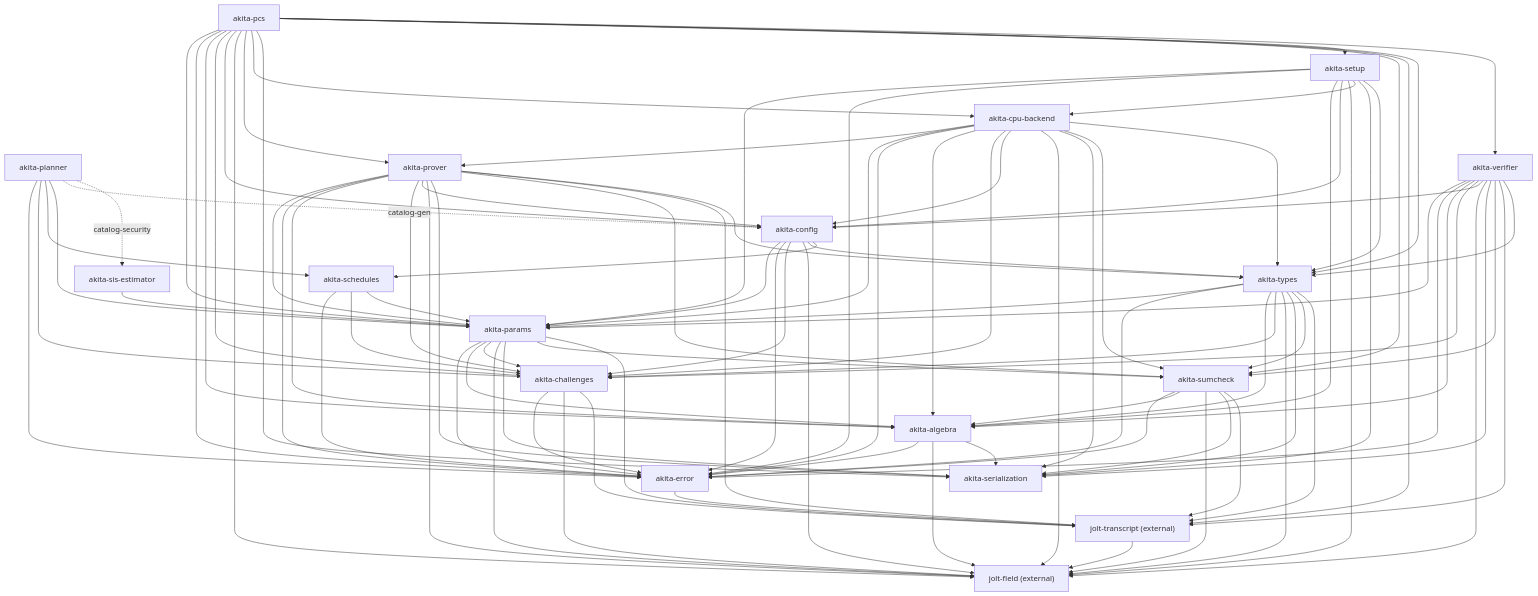
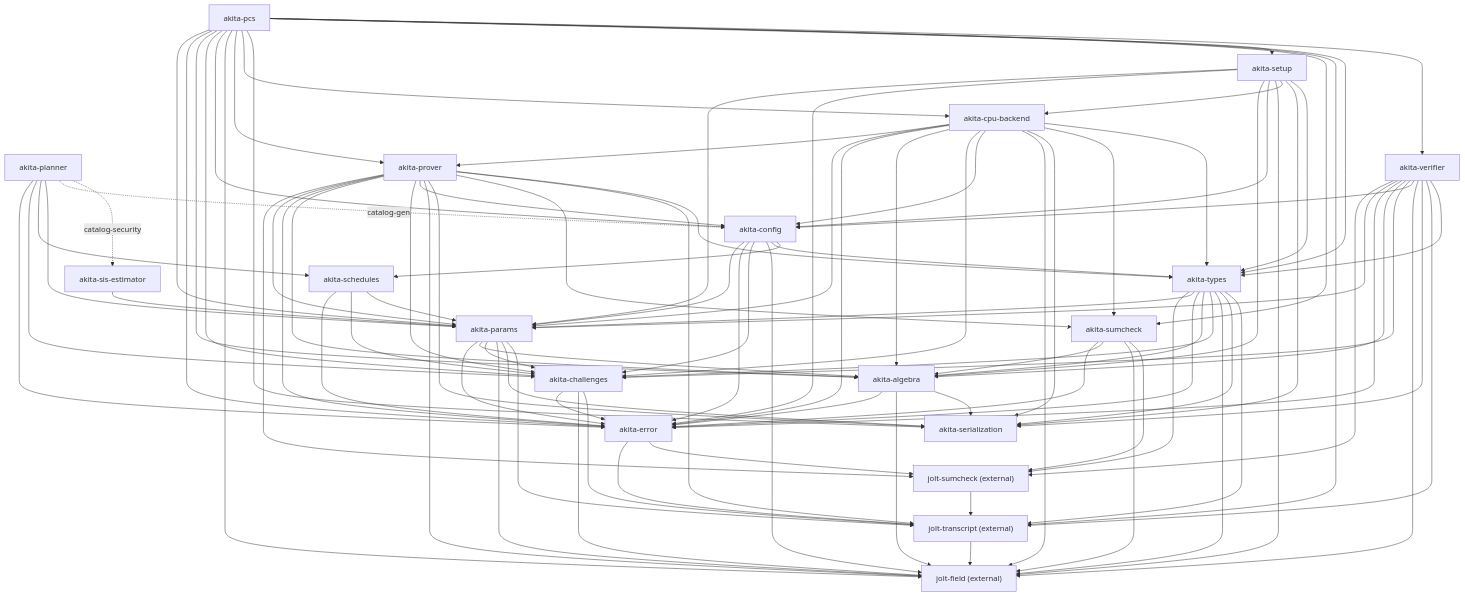
The diagram in docs/crate-graph.md (Acentelles/akita-lz), drawn with Mermaid before and after one commit. The commit also changed other lines of this file and 8 other files, not shown here.

First line of the commit message:
fixup! [M2b] Port Akita's sumcheck onto jolt-sumcheck's single-instance driver

```diff
--- a/docs/crate-graph.md
+++ b/docs/crate-graph.md
@@ -42,6 +42,7 @@
   Algebra["akita-algebra"]
   Transcript["jolt-transcript (external)"]
   Challenges["akita-challenges"]
+  JoltSumcheck["jolt-sumcheck (external)"]
   Sumcheck["akita-sumcheck"]
   Params["akita-params"]
   Types["akita-types"]
@@ -66,14 +67,17 @@
   Sumcheck --> Error
   Sumcheck --> Algebra
   Sumcheck --> Field
-  Sumcheck --> Ser
-  Sumcheck --> Transcript
+  Sumcheck --> JoltSumcheck
+  JoltSumcheck --> Transcript
+  Error --> JoltSumcheck
+  Types --> JoltSumcheck
+  Verifier --> JoltSumcheck
+  Prover --> JoltSumcheck
   Params --> Error
   Params --> Algebra
   Params --> Challenges
   Params --> Field
   Params --> Ser
-  Params --> Sumcheck
   Params --> Transcript
   Types --> Params
   Types --> Error
@@ -81,7 +85,6 @@
   Types --> Challenges
   Types --> Field
   Types --> Ser
-  Types --> Sumcheck
   Types --> Transcript
   SisEstimator --> Params
   Planner --> Error
@@ -106,7 +109,6 @@
   Verifier --> Config
   Verifier --> Field
   Verifier --> Ser
-  Verifier --> Sumcheck
   Verifier --> Transcript
   Verifier --> Types
   Prover --> Params
```
